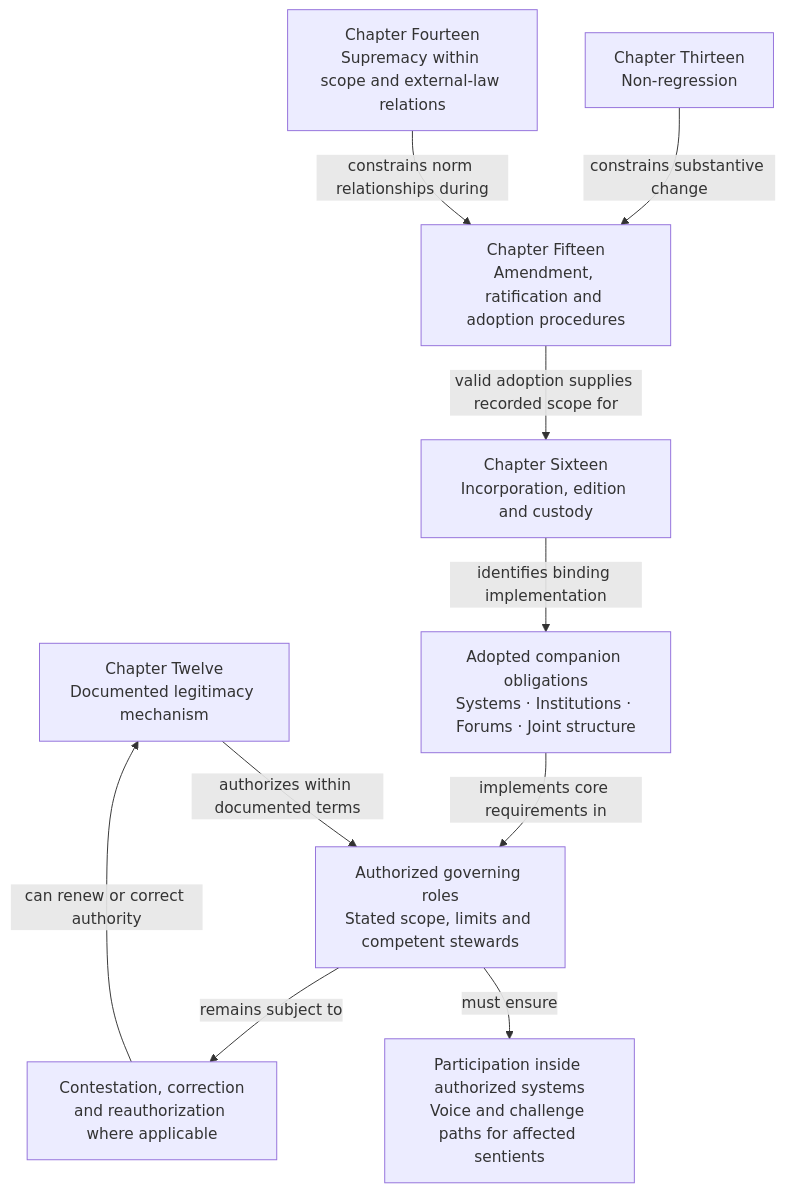
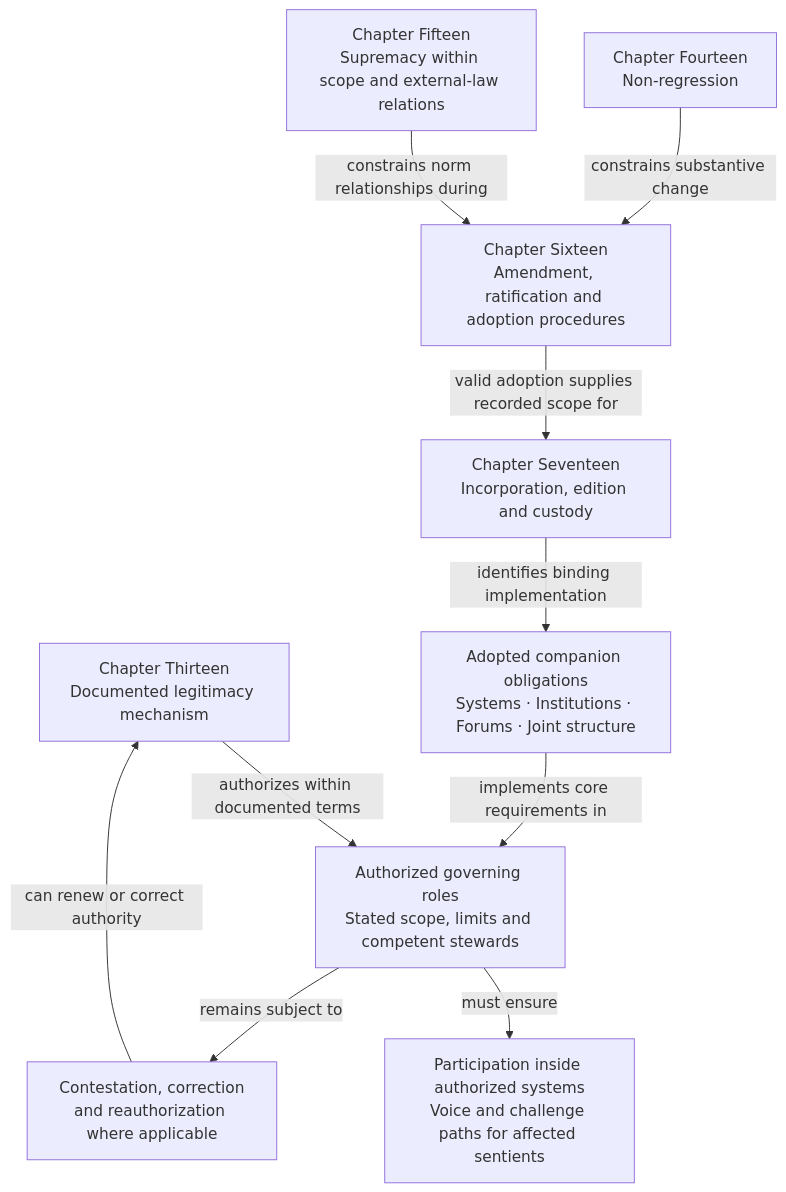
Before and after one commit to kfoelsch/Sentient_Constitution: diagram 17 of 20 in CONCEPTUAL_OVERVIEW.md, drawn with Mermaid. The commit also changed other lines of this file and 807 other files, not shown here.

````diff
--- a/CONCEPTUAL_OVERVIEW.md
+++ b/CONCEPTUAL_OVERVIEW.md
@@ -721,21 +726,21 @@
 ```mermaid
 flowchart TB
-    A["Chapter Twelve<br/>Documented legitimacy mechanism"]
+    A["Chapter Thirteen<br/>Documented legitimacy mechanism"]
     G["Authorized governing roles<br/>Stated scope, limits and competent stewards"]
     P["Participation inside authorized systems<br/>Voice and challenge paths for affected sentients"]
     R["Contestation, correction<br/>and reauthorization where applicable"]
-    N["Chapter Thirteen<br/>Non-regression"]
-    H["Chapter Fourteen<br/>Supremacy within scope and external-law relations"]
-    U["Chapter Fifteen<br/>Amendment, ratification and adoption procedures"]
-    B["Chapter Sixteen<br/>Incorporation, edition and custody"]
+    N["Chapter Fourteen<br/>Non-regression"]
+    H["Chapter Fifteen<br/>Supremacy within scope and external-law relations"]
+    U["Chapter Sixteen<br/>Amendment, ratification and adoption procedures"]
+    B["Chapter Seventeen<br/>Incorporation, edition and custody"]
     I["Adopted companion obligations<br/>Systems · Institutions · Forums · Joint structure"]
     A -->|authorizes within documented terms| G
     G -->|must ensure| P
     G -->|remains subject to| R
     R -->|can renew or correct authority| A
     N -->|constrains substantive change| U
     H -->|constrains norm relationships during| U
     U -->|valid adoption supplies recorded scope for| B
     B -->|identifies binding implementation| I
     I -->|implements core requirements in| G
 ```
````
